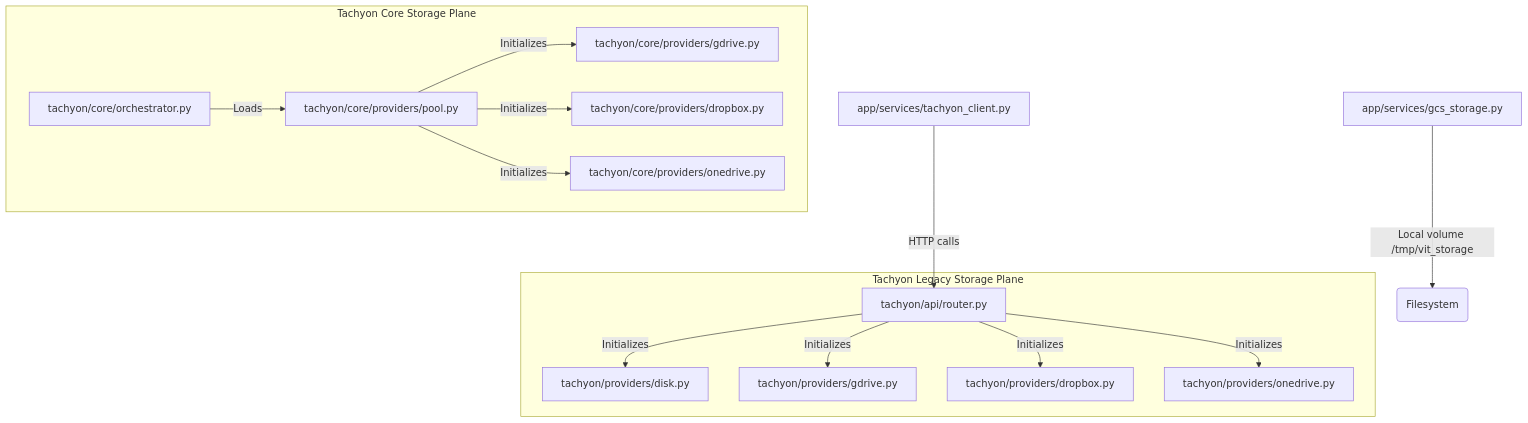
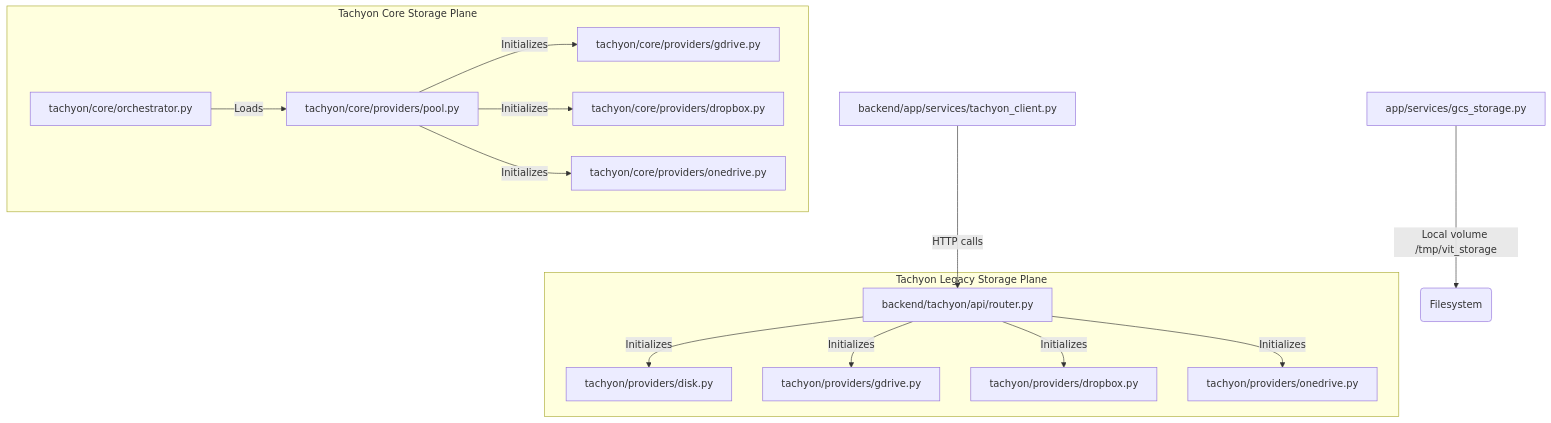
Before and after one commit to nemesistip-cloud/vit: the diagram in docs/migration/STORAGE_PROVIDER_INVENTORY.md, drawn with Mermaid. The commit also changed other lines of this file and 11 other files, not shown here.

````diff
--- a/docs/migration/STORAGE_PROVIDER_INVENTORY.md
+++ b/docs/migration/STORAGE_PROVIDER_INVENTORY.md
@@ -9,19 +9,19 @@
 ```mermaid
 graph TD
     A[app/services/gcs_storage.py] -->|Local volume /tmp/vit_storage| B(Filesystem)
-    C[app/services/tachyon_client.py] -->|HTTP calls| D[tachyon/api/router.py]
+    C[backend/app/services/tachyon_client.py] -->|HTTP calls| D[backend/tachyon/api/router.py]
 
     subgraph Tachyon Legacy Storage Plane
         D -->|Initializes| E[tachyon/providers/disk.py]
         D -->|Initializes| F[tachyon/providers/gdrive.py]
         D -->|Initializes| G[tachyon/providers/dropbox.py]
         D -->|Initializes| H[tachyon/providers/onedrive.py]
     end
 
     subgraph Tachyon Core Storage Plane
         I[tachyon/core/orchestrator.py] -->|Loads| J[tachyon/core/providers/pool.py]
         J -->|Initializes| K[tachyon/core/providers/gdrive.py]
         J -->|Initializes| L[tachyon/core/providers/dropbox.py]
         J -->|Initializes| M[tachyon/core/providers/onedrive.py]
     end
 ```
````
